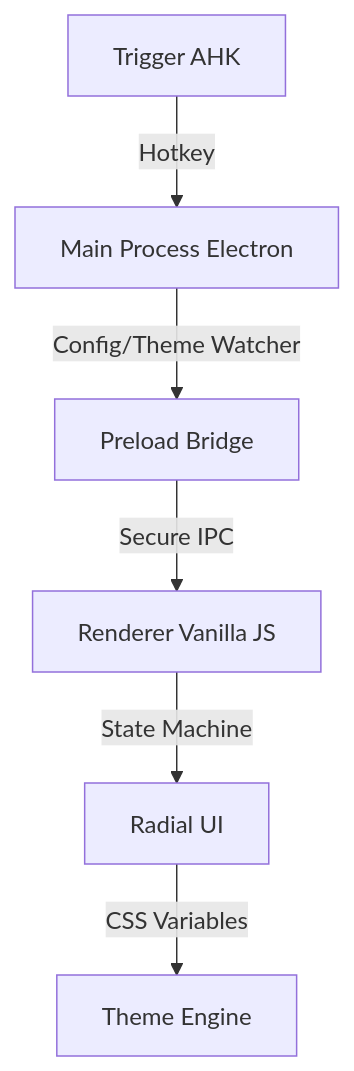
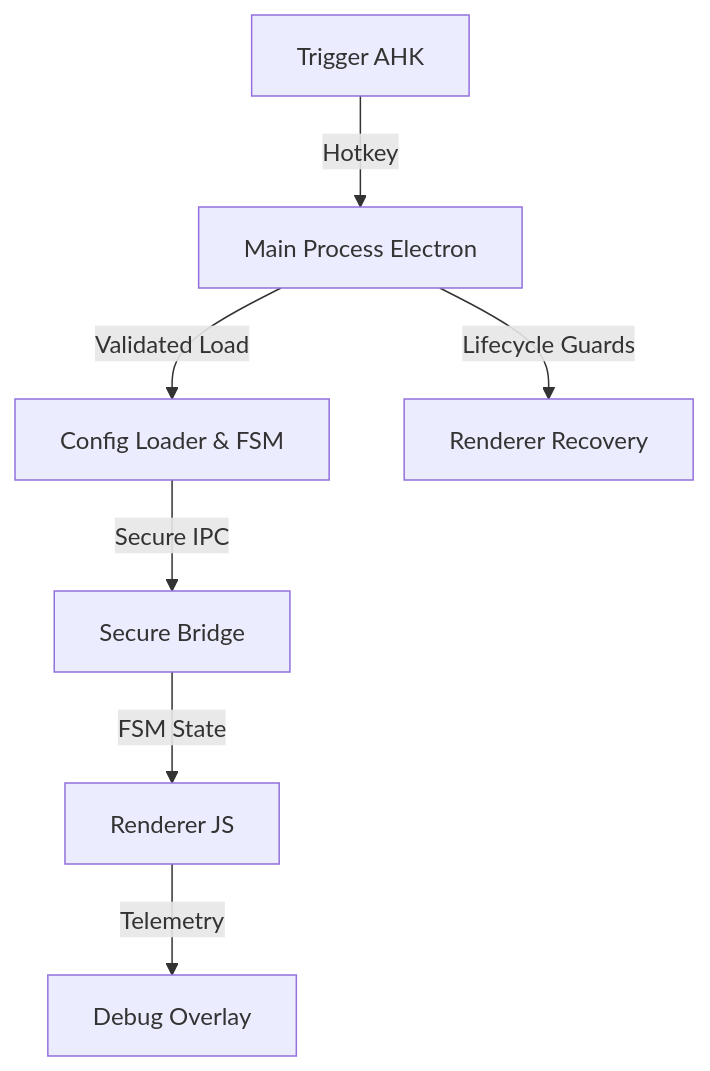
The diagram in README.md (Harsha754-ml/Orbit), drawn with Mermaid before and after one commit. The commit also changed other lines of this file and 12 other files, not shown here.

Commit message:
feat: Hardened modular architecture with FSM, Atomic writes, and Secure Execution

````diff
--- a/README.md
+++ b/README.md
@@ -24,8 +24,9 @@
 ```mermaid
 graph TD
     Trigger[Trigger AHK] -->|Hotkey| Main[Main Process Electron]
-    Main -->|Config/Theme Watcher| Preload[Preload Bridge]
-    Preload -->|Secure IPC| Renderer[Renderer Vanilla JS]
-    Renderer -->|State Machine| UI[Radial UI]
-    UI -->|CSS Variables| Themes[Theme Engine]
+    Main -->|Validated Load| Config[Config Loader & FSM]
+    Main -->|Lifecycle Guards| Recovery[Renderer Recovery]
+    Config -->|Secure IPC| Preload[Secure Bridge]
+    Preload -->|FSM State| Renderer[Renderer JS]
+    Renderer -->|Telemetry| Debug[Debug Overlay]
 ```
````
